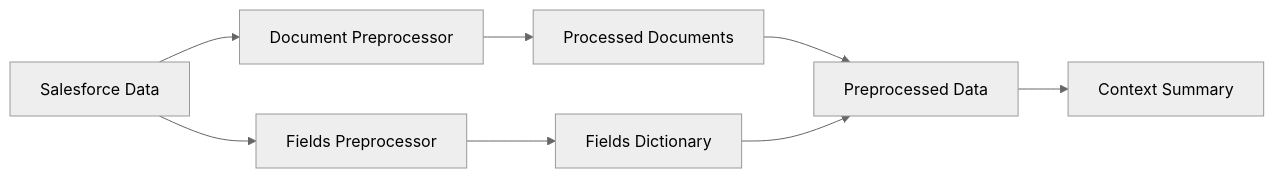
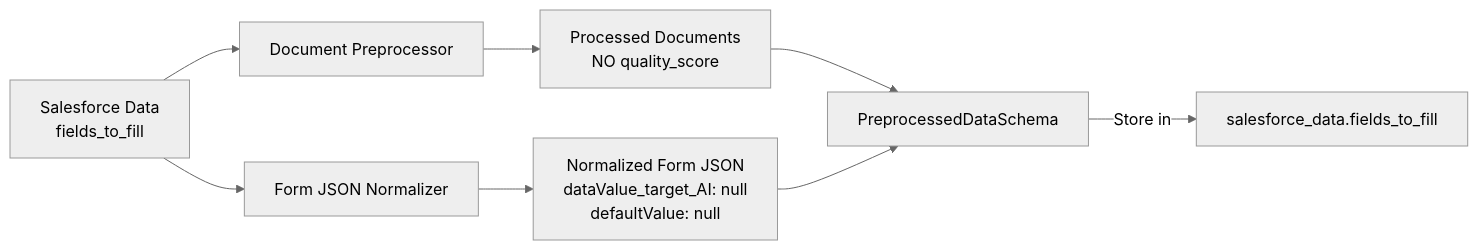
Before and after one commit to Yasser1AITLAZIZ/sfd-clm: the fourth of 14 diagrams in docs/PIPELINE_FLOW.md, drawn with Mermaid (neutral theme). The commit also changed other lines of this file and 40 other files, not shown here.

Commit message:
new architecture setup

````diff
--- a/docs/PIPELINE_FLOW.md
+++ b/docs/PIPELINE_FLOW.md
@@ -100,10 +131,10 @@
 ```mermaid
 flowchart LR
-    A[Salesforce Data] --> B[Document Preprocessor]
-    A --> C[Fields Preprocessor]
-    B --> D[Processed Documents]
-    C --> E[Fields Dictionary]
-    D --> F[Preprocessed Data]
+    A[Salesforce Data<br/>fields_to_fill] --> B[Document Preprocessor]
+    A --> C[Form JSON Normalizer]
+    B --> D[Processed Documents<br/>NO quality_score]
+    C --> E[Normalized Form JSON<br/>dataValue_target_AI: null<br/>defaultValue: null]
+    D --> F[PreprocessedDataSchema]
     E --> F
-    F --> G[Context Summary]
+    F -->|Store in| G[salesforce_data.fields_to_fill]
 ```
````
